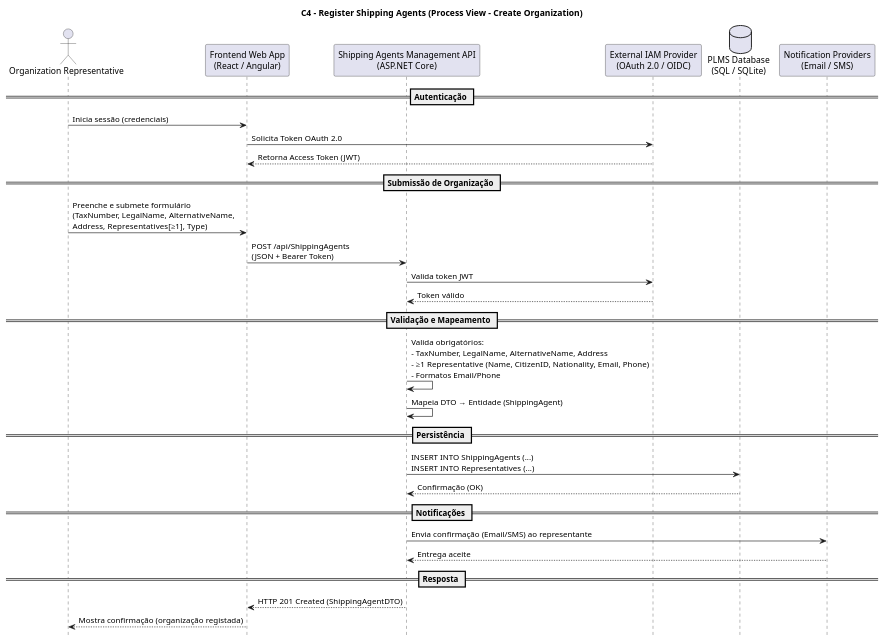
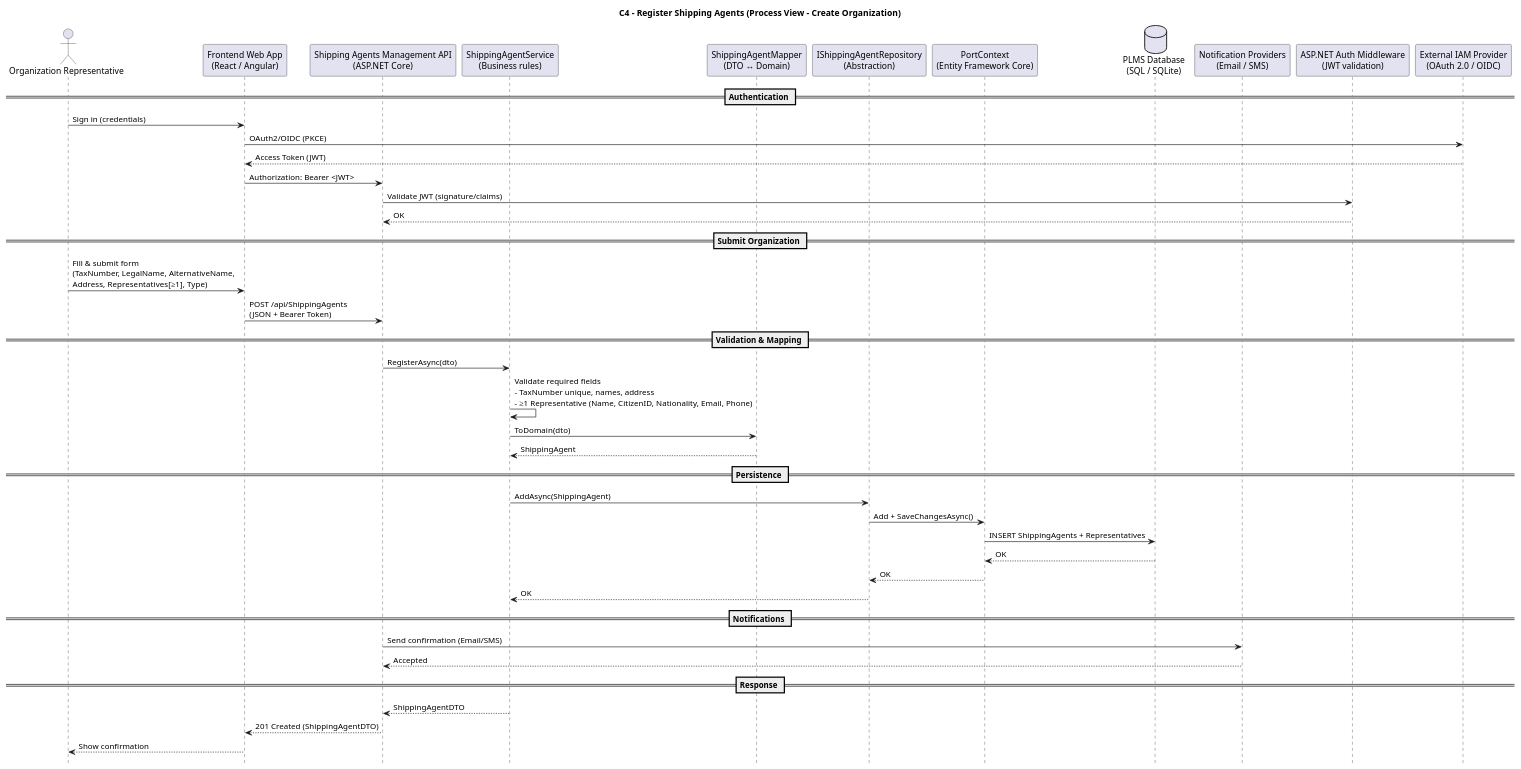
Before and after one commit to Departamento-de-Engenharia-Informatica/LEI-SEM5-PI-2025-26-3DM-03: the diagram in Docs/Sprint A/US 2.2.5/Modelo c4/C4_Processos.puml, drawn with PlantUML. The commit also changed 16 other files, not shown here.

```diff
--- a/Docs/Sprint A/US 2.2.5/Modelo c4/C4_Processos.puml
+++ b/Docs/Sprint A/US 2.2.5/Modelo c4/C4_Processos.puml
@@ -1,39 +1,52 @@
 @startuml C4_Register_Shipping_Agents_Process_View
 title C4 – Register Shipping Agents (Process View – Create Organization)
 hide footbox
 
 actor "Organization Representative" as Rep
 participant "Frontend Web App\n(React / Angular)" as Frontend
 participant "Shipping Agents Management API\n(ASP.NET Core)" as API
-participant "External IAM Provider\n(OAuth 2.0 / OIDC)" as IAM
+participant "ShippingAgentService\n(Business rules)" as Service
+participant "ShippingAgentMapper\n(DTO ↔ Domain)" as Mapper
+participant "IShippingAgentRepository\n(Abstraction)" as Repo
+participant "PortContext\n(Entity Framework Core)" as Context
 database "PLMS Database\n(SQL / SQLite)" as DB
 participant "Notification Providers\n(Email / SMS)" as Notif
+participant "ASP.NET Auth Middleware\n(JWT validation)" as Auth
+participant "External IAM Provider\n(OAuth 2.0 / OIDC)" as IAM
 
-== Autenticação ==
-Rep -> Frontend : Inicia sessão (credenciais)
-Frontend -> IAM : Solicita Token OAuth 2.0
-IAM --> Frontend : Retorna Access Token (JWT)
+== Authentication ==
+Rep -> Frontend : Sign in (credentials)
+Frontend -> IAM : OAuth2/OIDC (PKCE)
+IAM --> Frontend : Access Token (JWT)
+Frontend -> API : Authorization: Bearer <JWT>
+API -> Auth : Validate JWT (signature/claims)
+Auth --> API : OK
 
-== Submissão de Organização ==
-Rep -> Frontend : Preenche e submete formulário\n(TaxNumber, LegalName, AlternativeName,\nAddress, Representatives[≥1], Type)
+== Submit Organization ==
+Rep -> Frontend : Fill & submit form\n(TaxNumber, LegalName, AlternativeName,\nAddress, Representatives[≥1], Type)
 Frontend -> API : POST /api/ShippingAgents\n(JSON + Bearer Token)
-API -> IAM : Valida token JWT
-IAM --> API : Token válido
 
-== Validação e Mapeamento ==
-API -> API : Valida obrigatórios:\n- TaxNumber, LegalName, AlternativeName, Address\n- ≥1 Representative (Name, CitizenID, Nationality, Email, Phone)\n- Formatos Email/Phone
-API -> API : Mapeia DTO → Entidade (ShippingAgent)
+== Validation & Mapping ==
+API -> Service : RegisterAsync(dto)
+Service -> Service : Validate required fields\n- TaxNumber unique, names, address\n- ≥1 Representative (Name, CitizenID, Nationality, Email, Phone)
+Service -> Mapper : ToDomain(dto)
+Mapper --> Service : ShippingAgent
 
-== Persistência ==
-API -> DB : INSERT INTO ShippingAgents (...)\nINSERT INTO Representatives (...)
-DB --> API : Confirmação (OK)
+== Persistence ==
+Service -> Repo : AddAsync(ShippingAgent)
+Repo -> Context : Add + SaveChangesAsync()
+Context -> DB : INSERT ShippingAgents + Representatives
+DB --> Context : OK
+Context --> Repo : OK
+Repo --> Service : OK
 
-== Notificações ==
-API -> Notif : Envia confirmação (Email/SMS) ao representante
-Notif --> API : Entrega aceite
+== Notifications ==
+API -> Notif : Send confirmation (Email/SMS)
+Notif --> API : Accepted
 
-== Resposta ==
-API --> Frontend : HTTP 201 Created (ShippingAgentDTO)
-Frontend --> Rep : Mostra confirmação (organização registada)
+== Response ==
+Service --> API : ShippingAgentDTO
+API --> Frontend : 201 Created (ShippingAgentDTO)
+Frontend --> Rep : Show confirmation
 
 @enduml
```
